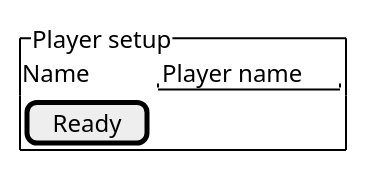
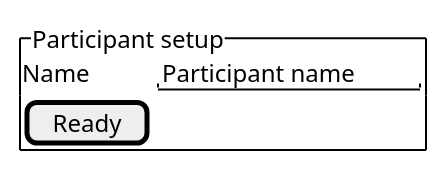
The second of 4 diagrams in docs/devdocs/17-connection-sequence.md (foxssake/dumber-dungeons), drawn with PlantUML before and after one commit. The commit also changed other lines of this file, not shown here.

````diff
--- a/docs/devdocs/17-connection-sequence.md
+++ b/docs/devdocs/17-connection-sequence.md
@@ -94,8 +94,8 @@
 ```puml
 @startsalt
-{^"Player setup"
-  Name | "Player name"
+{^"Participant setup"
+  Name | "Participant name"
   [ Ready ]
 }
 @endsalt
 ```
````
